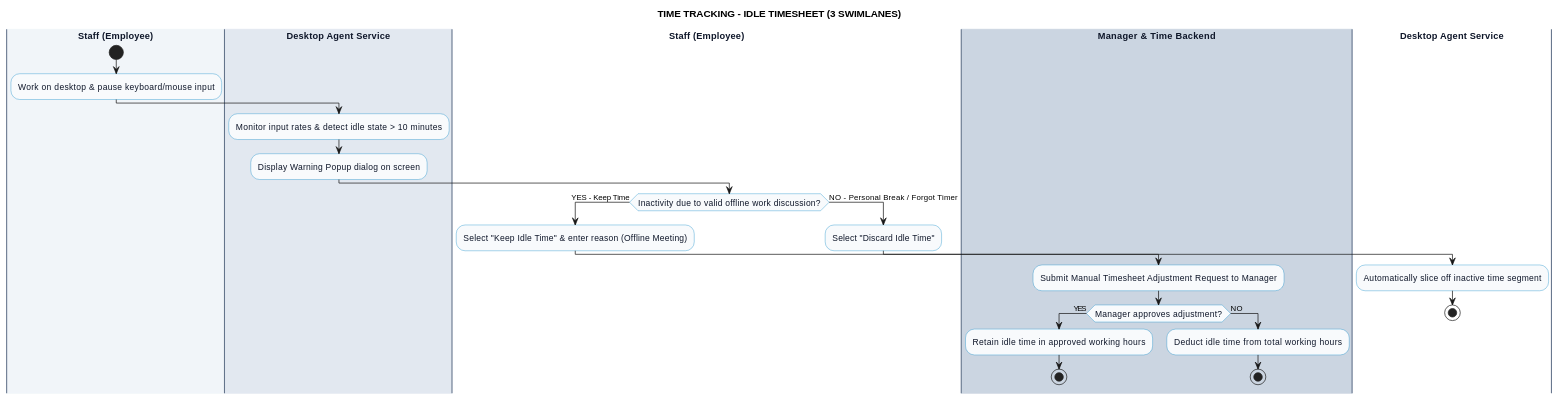
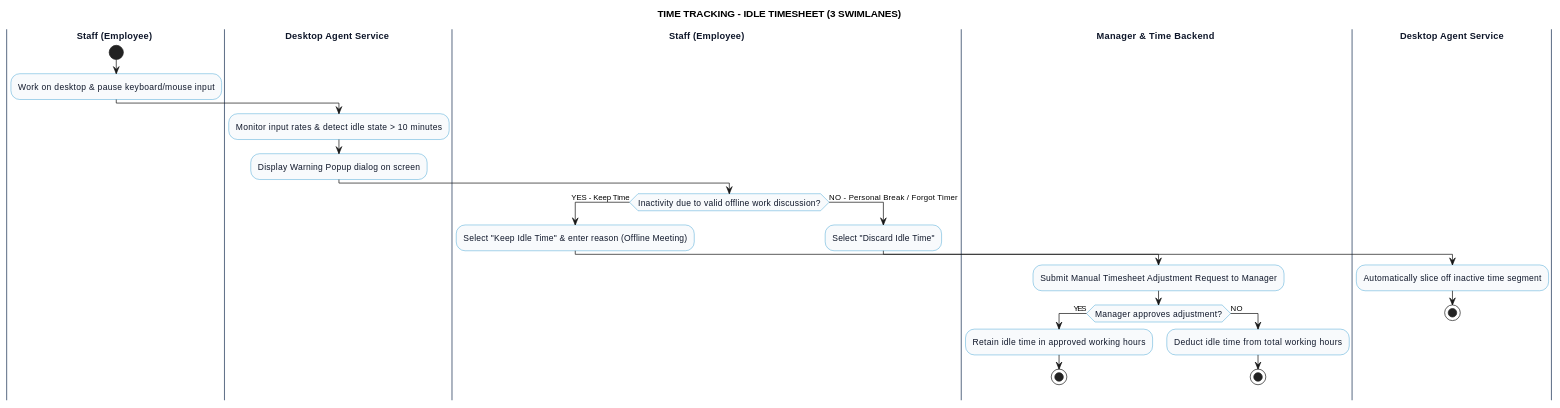
One commit to Dikhang1112/Monitoring_HR changed the diagram in docs/swimlane/time_tracking/IdleTimesheetDiagram.md. Above: the diagram before and after it, drawn with PlantUML. The commit also changed other lines of this file and 47 other files, not shown here.

Commit message:
Refactor usecase diagram and swimlane

````diff
--- a/docs/swimlane/time_tracking/IdleTimesheetDiagram.md
+++ b/docs/swimlane/time_tracking/IdleTimesheetDiagram.md
@@ -9,54 +9,54 @@
 ```plantuml
 @startuml
 title TIME TRACKING - IDLE TIMESHEET (3 SWIMLANES)
 
 skinparam linetype ortho
 skinparam nodesep 60
 skinparam ranksep 80
 
 skinparam activity {
   BackgroundColor #f8fafc
   BorderColor #0284c7
   FontColor #0f172a
   FontSize 12
 }
 skinparam swimlane {
   BorderColor #64748b
   TitleFontColor #0f172a
   TitleFontSize 13
   TitleFontStyle bold
 }
 
 ' =====================================================
 ' 3 SWIMLANES DECLARATION
 ' =====================================================
-|#f1f5f9| Staff (Employee) |
+|Staff (Employee) |
 start
 :Work on desktop & pause keyboard/mouse input;
 
-|#e2e8f0| Desktop Agent Service |
+|Desktop Agent Service |
 :Monitor input rates & detect idle state > 10 minutes;
 :Display Warning Popup dialog on screen;
 
 |Staff (Employee)|
 if (Inactivity due to valid offline work discussion?) then (YES - Keep Time)
   :Select "Keep Idle Time" & enter reason (Offline Meeting);
-  |#cbd5e1| Manager & Time Backend |
+  |Manager & Time Backend |
   :Submit Manual Timesheet Adjustment Request to Manager;
   if (Manager approves adjustment?) then (YES)
     :Retain idle time in approved working hours;
     stop
   else (NO)
     :Deduct idle time from total working hours;
     stop
   endif
 else (NO - Personal Break / Forgot Timer)
   |Staff (Employee)|
   :Select "Discard Idle Time";
   |Desktop Agent Service|
   :Automatically slice off inactive time segment;
   stop
 endif
 
 @enduml
 ```
````
